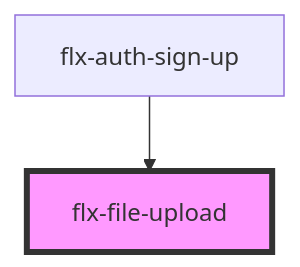
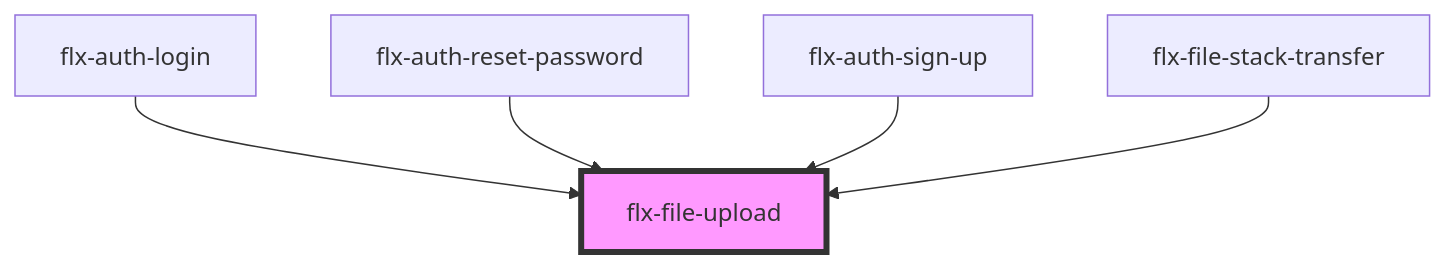
One commit to Scan0815/felix-core changed the diagram in src/components/file/upload/readme.md. Above: the diagram before and after it, drawn with Mermaid. The commit also changed other lines of this file and 7 other files, not shown here.

````diff
--- a/src/components/file/upload/readme.md
+++ b/src/components/file/upload/readme.md
@@ -31,5 +47,8 @@
 ```mermaid
 graph TD;
+  flx-auth-login --> flx-file-upload
+  flx-auth-reset-password --> flx-file-upload
   flx-auth-sign-up --> flx-file-upload
+  flx-file-stack-transfer --> flx-file-upload
   style flx-file-upload fill:#f9f,stroke:#333,stroke-width:4px
 ```
````
